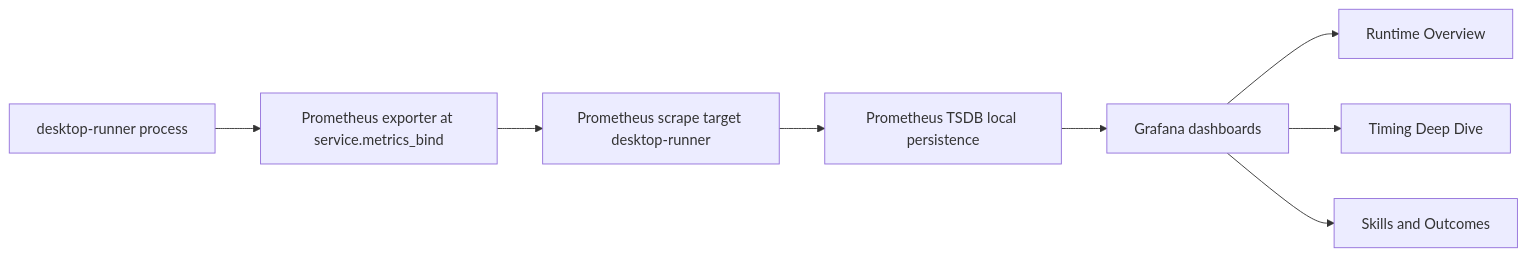
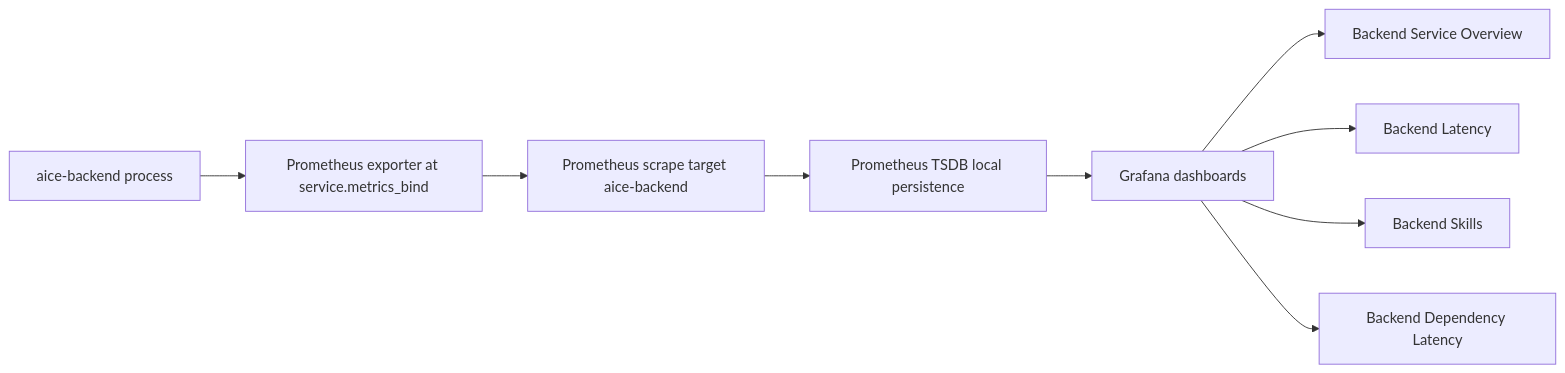
One commit to AncientiCe/aice changed diagram 14 of 16 in docs/architecture/README.md. Above: the diagram before and after it, drawn with Mermaid. The commit also changed other lines of this file and 30 other files, not shown here.

Commit message:
Separate concerns, add discovery and reiterate on metrics and dashboards only for backend

````diff
--- a/docs/architecture/README.md
+++ b/docs/architecture/README.md
@@ -455,10 +455,11 @@
 ```mermaid
 flowchart LR
-    Desktop[desktop-runner process] --> Exporter[Prometheus exporter at service.metrics_bind]
-    Exporter --> Scrape[Prometheus scrape target desktop-runner]
+    Backend[aice-backend process] --> Exporter[Prometheus exporter at service.metrics_bind]
+    Exporter --> Scrape[Prometheus scrape target aice-backend]
     Scrape --> Store[Prometheus TSDB local persistence]
     Store --> Grafana[Grafana dashboards]
-    Grafana --> Runtime[Runtime Overview]
-    Grafana --> Timings[Timing Deep Dive]
-    Grafana --> Skills[Skills and Outcomes]
+    Grafana --> Runtime[Backend Service Overview]
+    Grafana --> Timings[Backend Latency]
+    Grafana --> Skills[Backend Skills]
+    Grafana --> Deps[Backend Dependency Latency]
 ```
````
